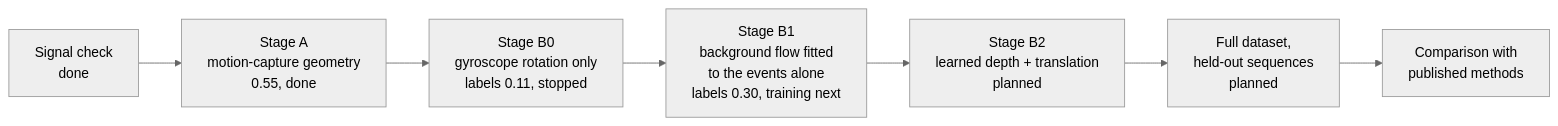
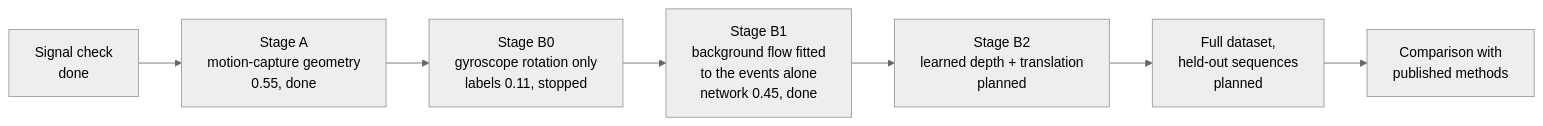
One commit to sadi2003q/ABP changed the third of 4 diagrams in README.md. Above: the diagram before and after it, drawn with Mermaid (neutral theme). The commit also changed other lines of this file, not shown here.

First line of the commit message:
README: stage B1 trained network reaches IoU 0.454 (stage A 0.55)

````diff
--- a/README.md
+++ b/README.md
@@ -132,9 +132,9 @@
 ```mermaid
 flowchart LR
     A["Signal check<br/>done"] --> B["Stage A<br/>motion-capture geometry<br/>0.55, done"]
     B --> C["Stage B0<br/>gyroscope rotation only<br/>labels 0.11, stopped"]
-    C --> D["Stage B1<br/>background flow fitted<br/>to the events alone<br/>labels 0.30, training next"]
+    C --> D["Stage B1<br/>background flow fitted<br/>to the events alone<br/>network 0.45, done"]
     D --> E["Stage B2<br/>learned depth + translation<br/>planned"]
     E --> F["Full dataset,<br/>held-out sequences<br/>planned"]
     F --> G["Comparison with<br/>published methods"]
 ```
````
